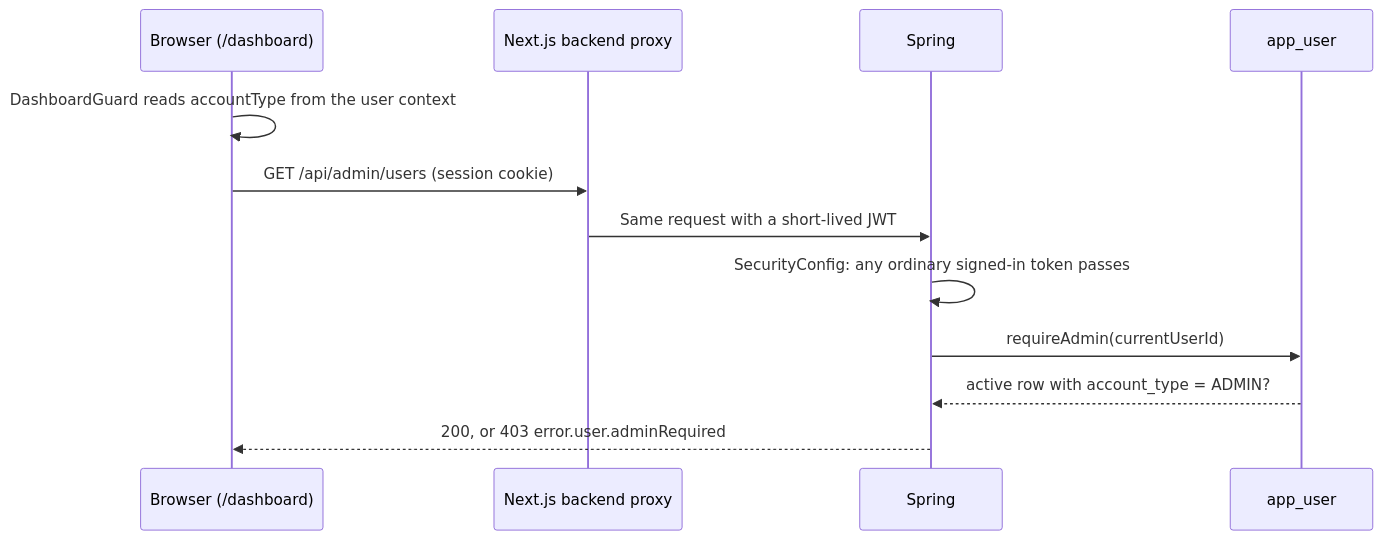
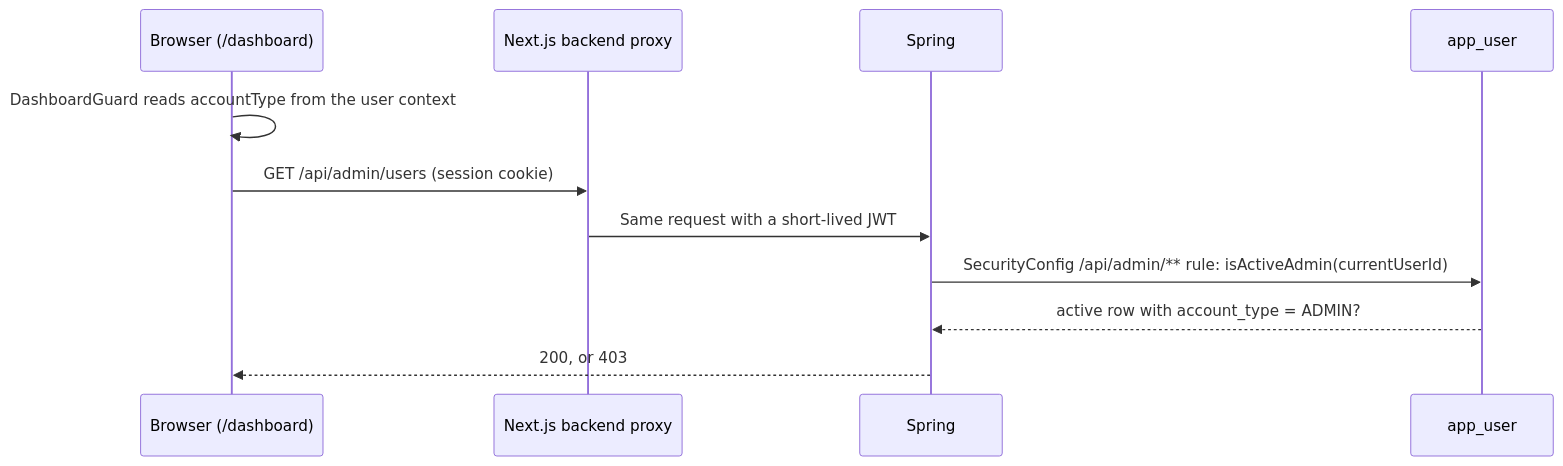
Before and after one commit to OffCrazyFreak/Disscount: the diagram in docs/ADMIN.md, drawn with Mermaid. The commit also changed other lines of this file and 2 other files, not shown here.

First line of the commit message:
docs(admin): Describe the admin URL rule and the 401 for a missing caller

````diff
--- a/docs/ADMIN.md
+++ b/docs/ADMIN.md
@@ -61,14 +61,13 @@
 ```mermaid
 sequenceDiagram
   participant B as Browser (/dashboard)
   participant P as Next.js backend proxy
   participant S as Spring
   participant D as app_user
   B->>B: DashboardGuard reads accountType from the user context
   B->>P: GET /api/admin/users (session cookie)
   P->>S: Same request with a short-lived JWT
-  S->>S: SecurityConfig: any ordinary signed-in token passes
-  S->>D: requireAdmin(currentUserId)
+  S->>D: SecurityConfig /api/admin/** rule: isActiveAdmin(currentUserId)
   D-->>S: active row with account_type = ADMIN?
-  S-->>B: 200, or 403 error.user.adminRequired
+  S-->>B: 200, or 403
 ```
````
